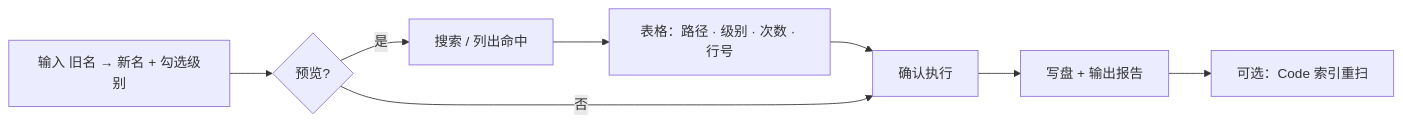
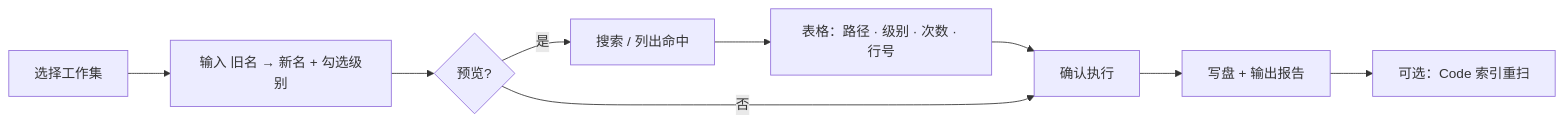
The first of 2 diagrams in doc/code/Code模块-批量改名-规划.md (phoenixwing-org/phoenix-desk-tools), drawn with Mermaid before and after one commit. The commit also changed other lines of this file and 15 other files, not shown here.

````diff
--- a/doc/code/Code模块-批量改名-规划.md
+++ b/doc/code/Code模块-批量改名-规划.md
@@ -23,10 +23,11 @@
 ```mermaid
 flowchart LR
-  A[输入 旧名 → 新名 + 勾选级别] --> B{预览?}
-  B -->|是| C[搜索 / 列出命中]
-  C --> D[表格：路径 · 级别 · 次数 · 行号]
-  D --> E[确认执行]
-  B -->|否| E
-  E --> F[写盘 + 输出报告]
-  F --> G[可选：Code 索引重扫]
+  A[选择工作集] --> B[输入 旧名 → 新名 + 勾选级别]
+  B --> C{预览?}
+  C -->|是| D[搜索 / 列出命中]
+  D --> E[表格：路径 · 级别 · 次数 · 行号]
+  E --> F[确认执行]
+  C -->|否| F
+  F --> G[写盘 + 输出报告]
+  G --> H[可选：Code 索引重扫]
 ```
````
